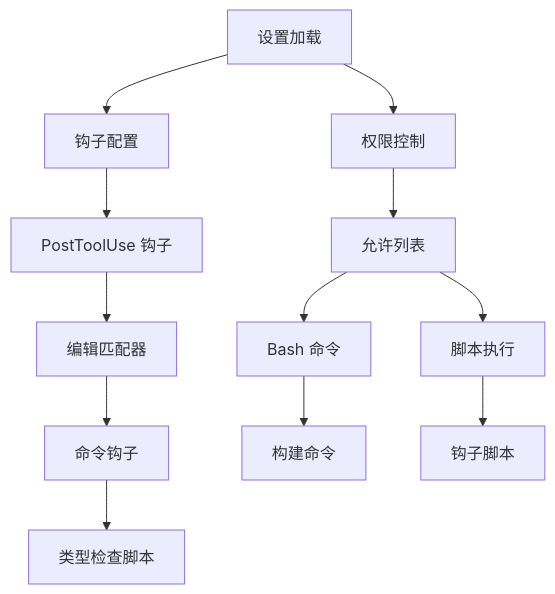
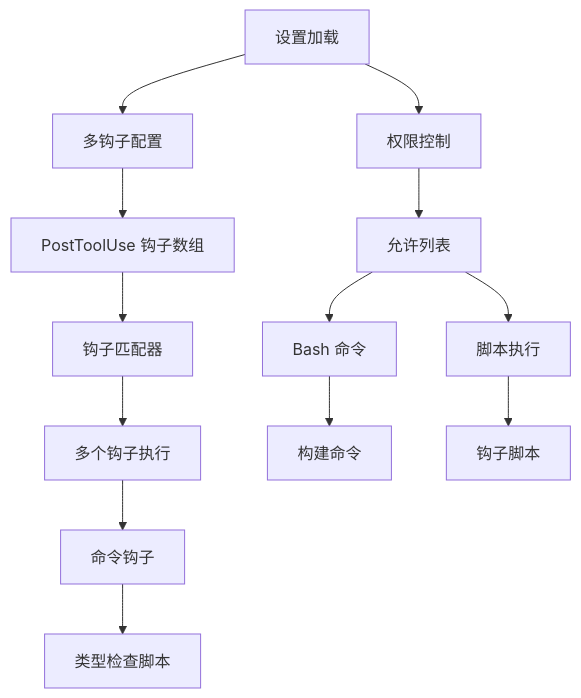
Before and after one commit to coconilu/RepoHelm: the second of 14 diagrams in .qoder/repowiki/zh/content/快速开始/Claude Code 集成指南/Claude 设置配置.md, drawn with Mermaid. The commit also changed other lines of this file and 14 other files, not shown here.

````diff
--- a/.qoder/repowiki/zh/content/快速开始/Claude Code 集成指南/Claude 设置配置.md
+++ b/.qoder/repowiki/zh/content/快速开始/Claude Code 集成指南/Claude 设置配置.md
@@ -89,14 +96,15 @@
 ```mermaid
 flowchart TD
-Start[设置加载] --> Hooks[钩子配置]
+Start[设置加载] --> Hooks[多钩子配置]
 Start --> Permissions[权限控制]
-Hooks --> PostToolUse[PostToolUse 钩子]
-PostToolUse --> EditMatcher[编辑匹配器]
-EditMatcher --> CommandHook[命令钩子]
+Hooks --> PostToolUse[PostToolUse 钩子数组]
+PostToolUse --> HookMatcher[钩子匹配器]
+HookMatcher --> MultipleHooks[多个钩子执行]
+MultipleHooks --> CommandHook[命令钩子]
 Permissions --> AllowList[允许列表]
 AllowList --> BashCommands[Bash 命令]
 AllowList --> Scripts[脚本执行]
 CommandHook --> TypecheckScript[类型检查脚本]
 BashCommands --> BuildCommands[构建命令]
 Scripts --> HookScripts[钩子脚本]
 ```
````
